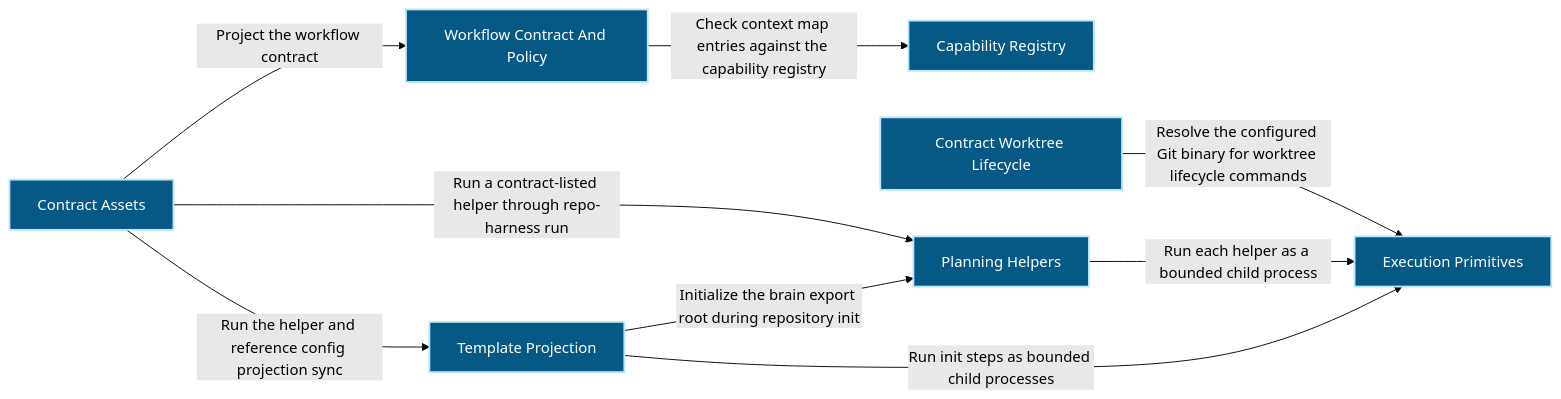
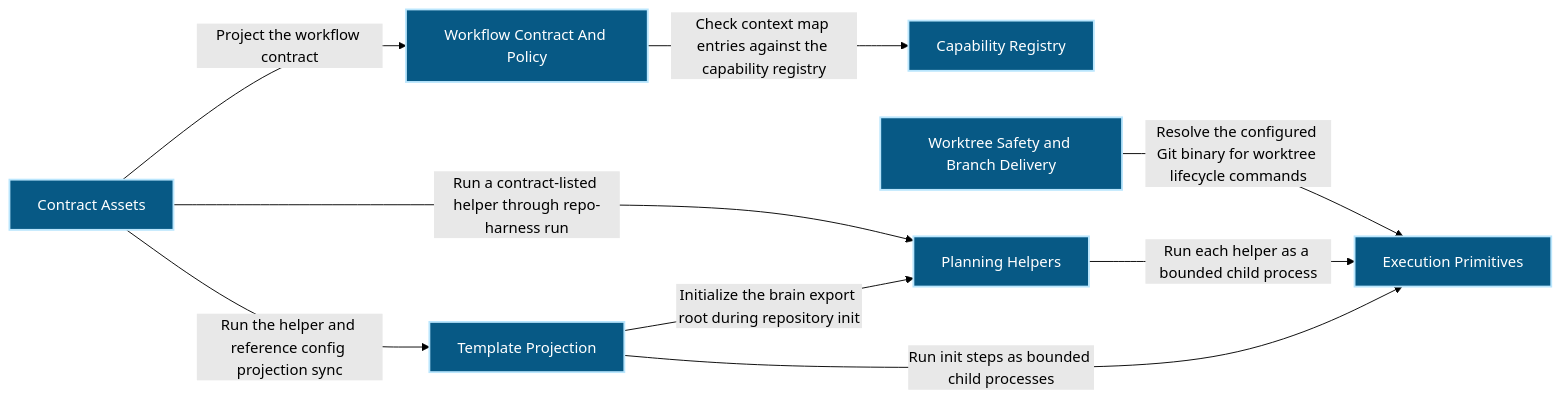
Before and after one commit to Ancienttwo/repo-harness: the first of 3 diagrams in docs/architecture/modules/workflow-engine/contract-assets.md, drawn with Mermaid (forest theme). The commit also changed other lines of this file and 31 other files, not shown here.

Commit message:
docs(architecture): retire task lifecycle ownership from the model

````diff
--- a/docs/architecture/modules/workflow-engine/contract-assets.md
+++ b/docs/architecture/modules/workflow-engine/contract-assets.md
@@ -15,22 +15,22 @@
 ```mermaid
 flowchart LR
   p1_capability_workflow_engine_contract_assets_c7ab122d["Contract Assets"]:::component
   p1_capability_workflow_engine_execution_primitives_b3033934["Execution Primitives"]:::component
   p1_component_contract_assets_capability_registry_87c3dd18["Capability Registry"]:::component
-  p1_component_contract_assets_contract_worktree_lifecycle_5cb413df["Contract Worktree Lifecycle"]:::component
+  p1_component_contract_assets_contract_worktree_lifecycle_5cb413df["Worktree Safety and Branch Delivery"]:::component
   p1_component_contract_assets_planning_helpers_7600c3e5["Planning Helpers"]:::component
   p1_component_contract_assets_primary_21097608["Workflow Contract And Policy"]:::component
   p1_component_contract_assets_template_projection_e6aa176d["Template Projection"]:::component
   p1_component_contract_assets_contract_worktree_lifecycle_5cb413df -->|"Resolve the configured Git binary for worktree lifecycle commands"| p1_capability_workflow_engine_execution_primitives_b3033934
   p1_capability_workflow_engine_contract_assets_c7ab122d -->|"Run a contract-listed helper through repo-harness run"| p1_component_contract_assets_planning_helpers_7600c3e5
   p1_component_contract_assets_planning_helpers_7600c3e5 -->|"Run each helper as a bounded child process"| p1_capability_workflow_engine_execution_primitives_b3033934
   p1_capability_workflow_engine_contract_assets_c7ab122d -->|"Project the workflow contract"| p1_component_contract_assets_primary_21097608
   p1_component_contract_assets_primary_21097608 -->|"Check context map entries against the capability registry"| p1_component_contract_assets_capability_registry_87c3dd18
   p1_capability_workflow_engine_contract_assets_c7ab122d -->|"Run the helper and reference config projection sync"| p1_component_contract_assets_template_projection_e6aa176d
   p1_component_contract_assets_template_projection_e6aa176d -->|"Run init steps as bounded child processes"| p1_capability_workflow_engine_execution_primitives_b3033934
   p1_component_contract_assets_template_projection_e6aa176d -->|"Initialize the brain export root during repository init"| p1_component_contract_assets_planning_helpers_7600c3e5
   classDef actor fill:#111827,color:#ffffff,stroke:#f9fafb,stroke-width:2px
   classDef component fill:#075985,color:#ffffff,stroke:#bae6fd,stroke-width:2px
   classDef datastore fill:#3f6212,color:#ffffff,stroke:#d9f99d,stroke-width:2px
   classDef external fill:#7c2d12,color:#ffffff,stroke:#fed7aa,stroke-width:2px
 ```
````
